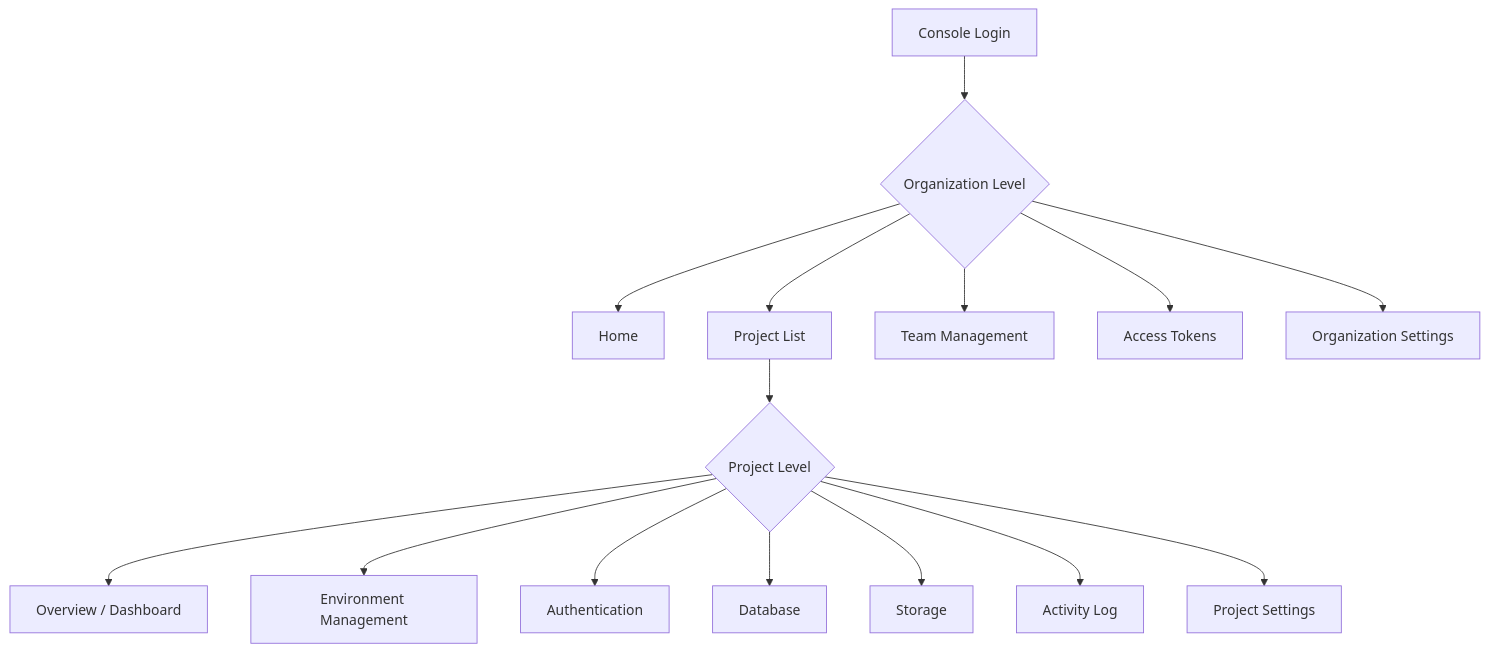
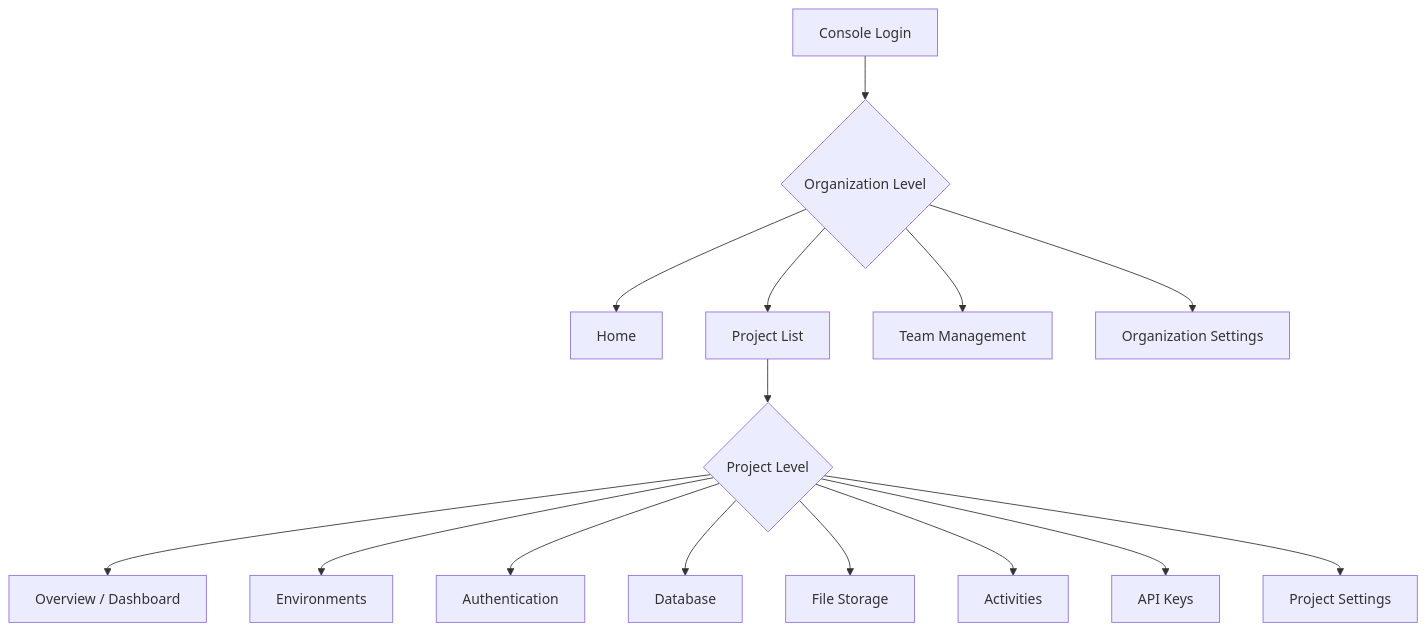
One commit to popup-studio-ai/bkend-docs changed the diagram in en/console/01-overview.md. Above: the diagram before and after it, drawn with Mermaid. The commit also changed other lines of this file and 365 other files, not shown here.

````diff
--- a/en/console/01-overview.md
+++ b/en/console/01-overview.md
@@ -17,17 +17,17 @@
 ```mermaid
 flowchart TD
     A[Console Login] --> B{Organization Level}
     B --> C[Home]
     B --> D[Project List]
     B --> E[Team Management]
-    B --> F[Access Tokens]
-    B --> G[Organization Settings]
+    B --> F[Organization Settings]
     D --> H{Project Level}
     H --> I[Overview / Dashboard]
-    H --> J[Environment Management]
+    H --> J[Environments]
     H --> K[Authentication]
     H --> L[Database]
-    H --> M[Storage]
-    H --> N[Activity Log]
-    H --> O[Project Settings]
+    H --> M[File Storage]
+    H --> N[Activities]
+    H --> O[API Keys]
+    H --> P[Project Settings]
 ```
````
